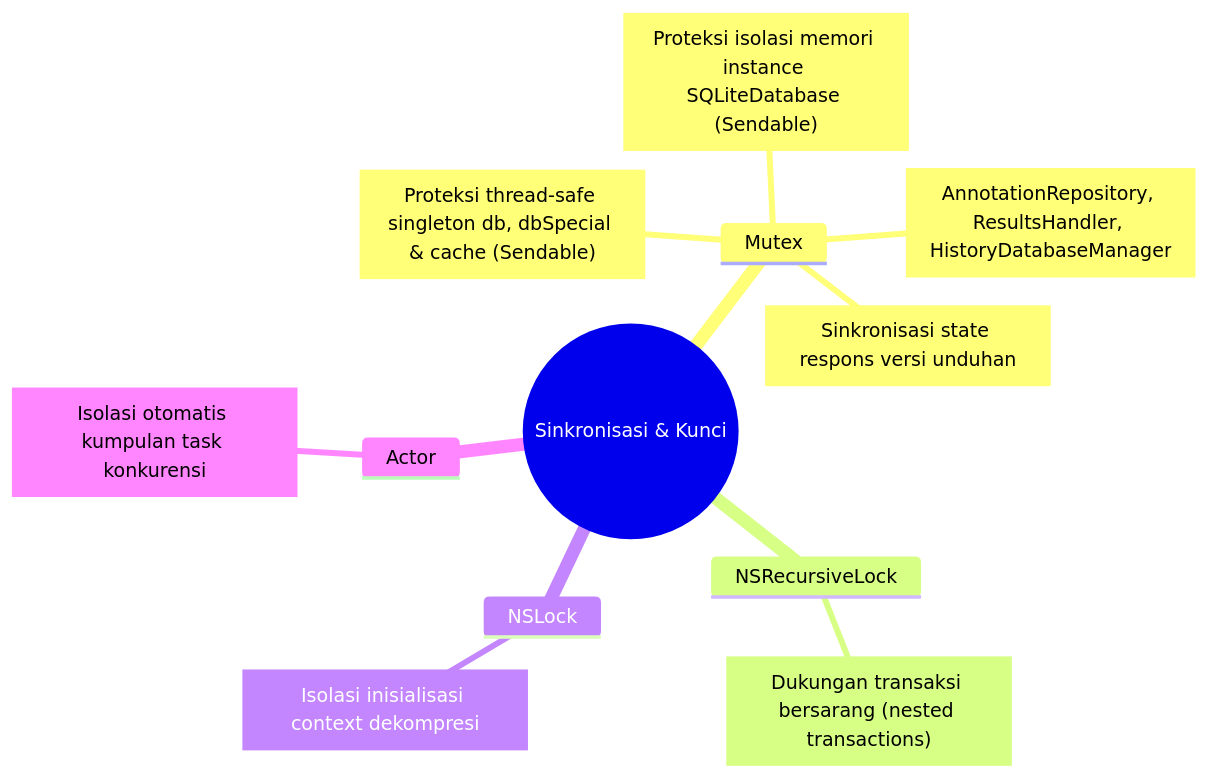
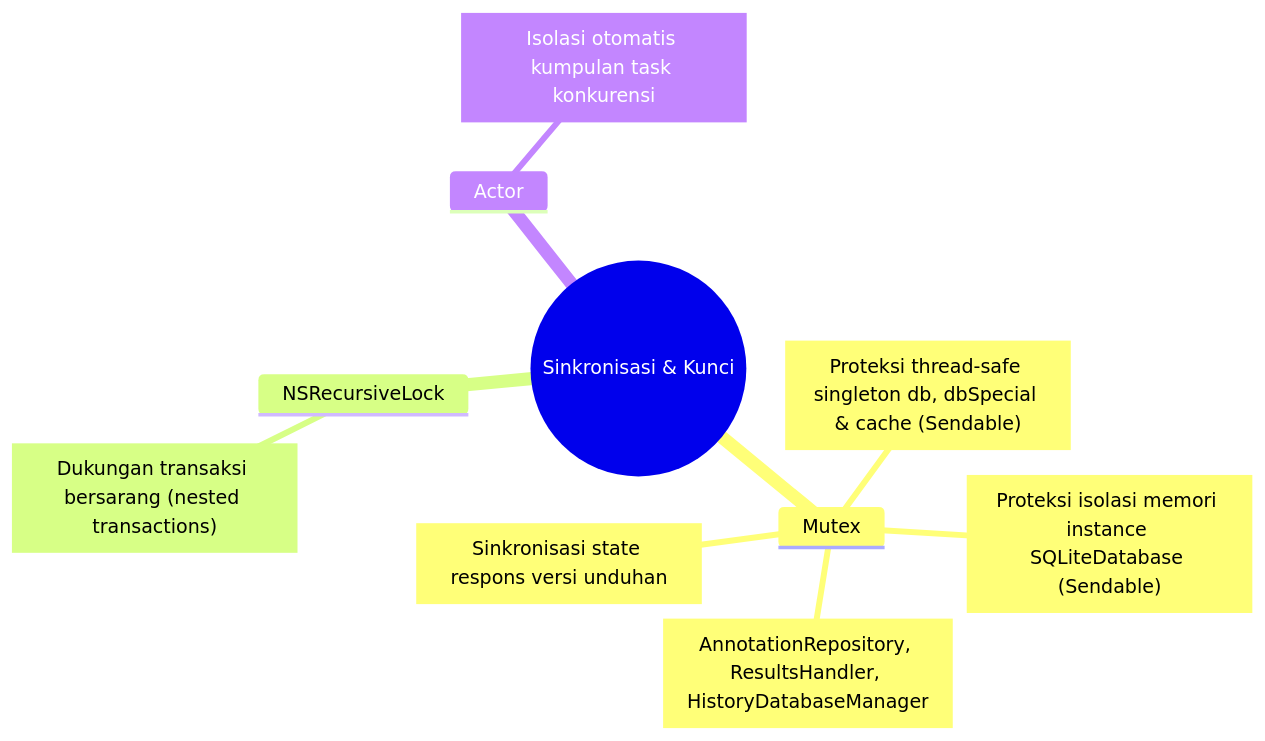
One commit to bismillah-100/Maktabah changed the second of 2 diagrams in docs/core/database.md. Above: the diagram before and after it, drawn with Mermaid. The commit also changed other lines of this file and 3 other files, not shown here.

````diff
--- a/docs/core/database.md
+++ b/docs/core/database.md
@@ -70,15 +70,13 @@
 ```mermaid
 mindmap
   root((Sinkronisasi & Kunci))
     Mutex
       DatabaseManager["Proteksi thread-safe singleton db, dbSpecial & cache (Sendable)"]
       BookConnection["Proteksi isolasi memori instance SQLiteDatabase (Sendable)"]
       FeatureRepositories["AnnotationRepository, ResultsHandler, HistoryDatabaseManager"]
       CoreDatabaseDownloader["Sinkronisasi state respons versi unduhan"]
     NSRecursiveLock
       SQLiteDatabase["Dukungan transaksi bersarang (nested transactions)"]
-    NSLock
-      ZSTDContextPool["Isolasi inisialisasi context dekompresi"]
     Actor
       SingleFlight["Isolasi otomatis kumpulan task konkurensi"]
 ```
````
